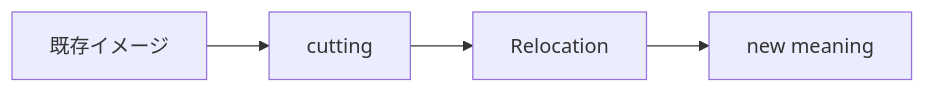
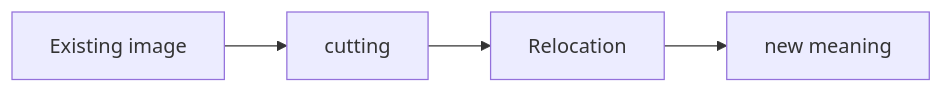
Before and after one commit to monumental-movement/monumental-movement.github.io: the second of 5 diagrams in en/_posts/2026-04-18-column-basquiat.md, drawn with Mermaid. The commit also changed other lines of this file and 851 other files, not shown here.

```diff
--- a/en/_posts/2026-04-18-column-basquiat.md
+++ b/en/_posts/2026-04-18-column-basquiat.md
@@ -82,6 +82,6 @@
 <div class="mermaid">
 flowchart LR
-A[既存イメージ] --> B[cutting]
+A[Existing image] --> B[cutting]
 B --> C[Relocation]
 C --> D[new meaning]
 </div>
```
